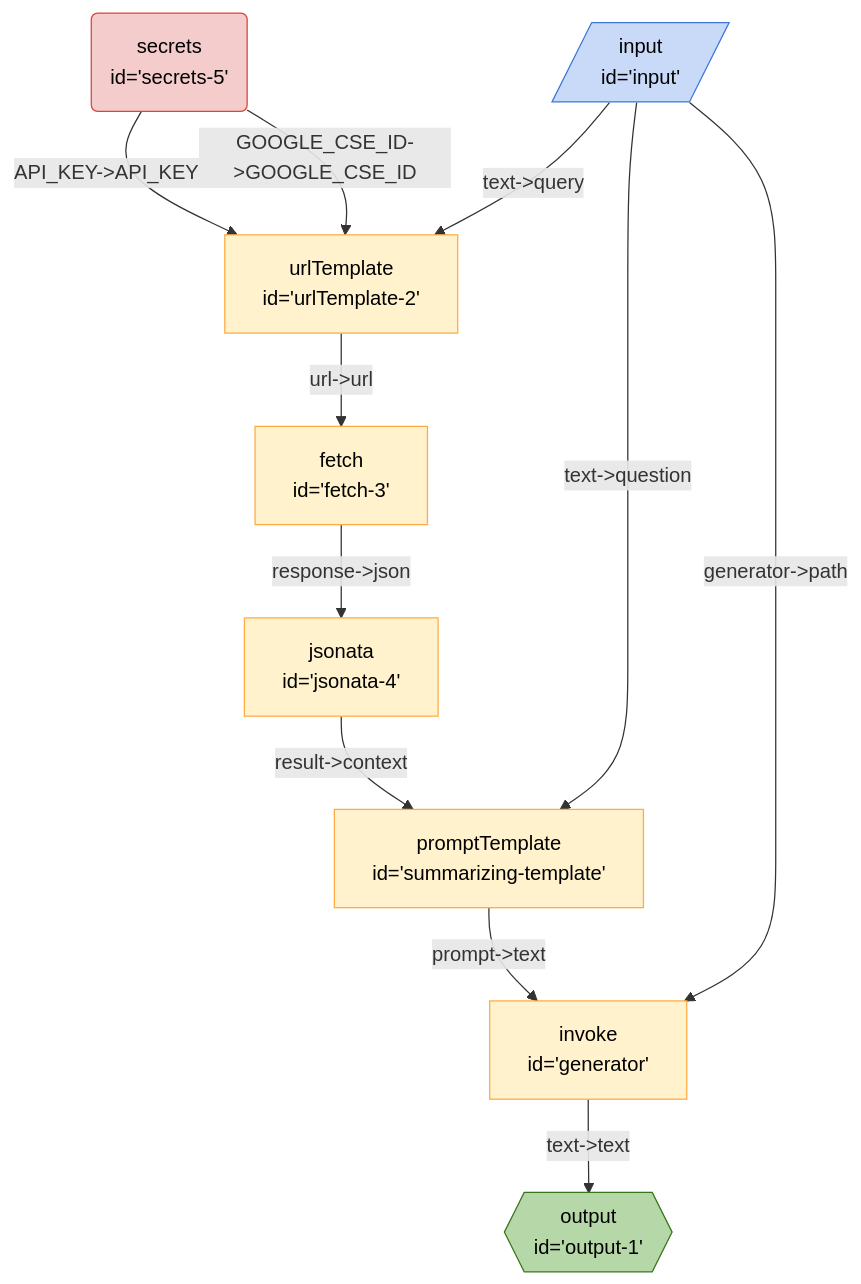
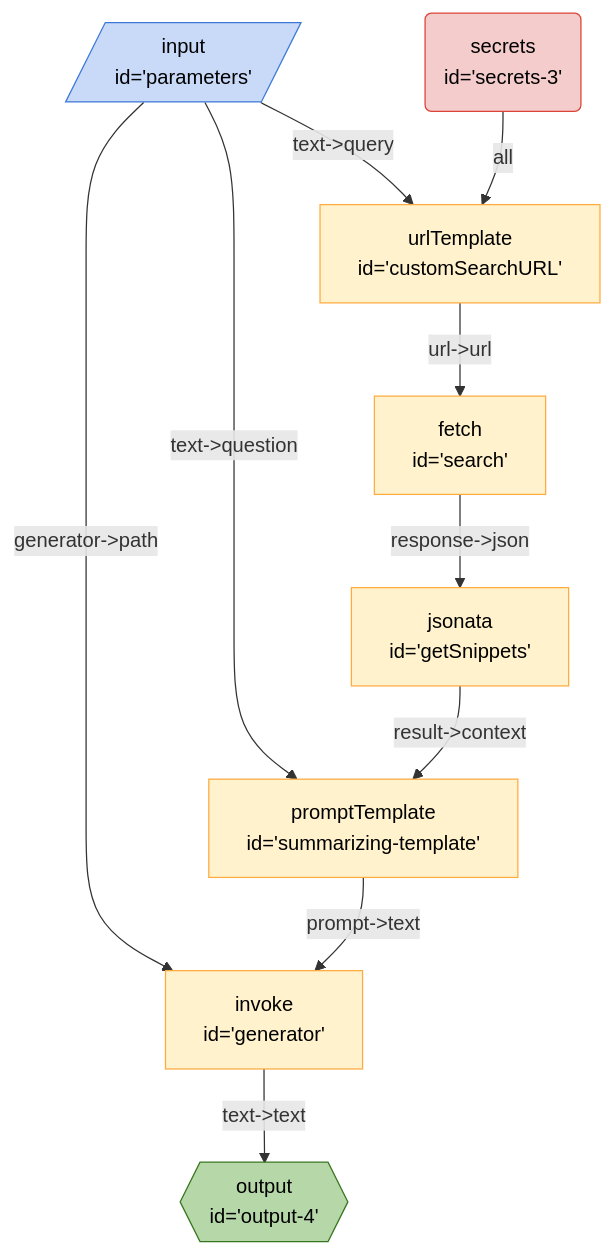
One commit to breadboard-ai/breadboard changed the diagram in seeds/breadboard-web/docs/graphs/search-summarize.md. Above: the diagram before and after it, drawn with Mermaid. The commit also changed 3 other files, not shown here.

````diff
--- a/seeds/breadboard-web/docs/graphs/search-summarize.md
+++ b/seeds/breadboard-web/docs/graphs/search-summarize.md
@@ -3,22 +3,21 @@
 ```mermaid
 %%{init: 'themeVariables': { 'fontFamily': 'Fira Code, monospace' }}%%
 graph TD;
-generator["invoke <br> id='generator'"] -- "text->text" --> output1{{"output <br> id='output-1'"}}:::output
+generator["invoke <br> id='generator'"] -- "text->text" --> output4{{"output <br> id='output-4'"}}:::output
+parameters[/"input <br> id='parameters'"/]:::input -- "text->query" --> customSearchURL["urlTemplate <br> id='customSearchURL'"]
+parameters[/"input <br> id='parameters'"/]:::input -- "text->question" --> summarizingtemplate["promptTemplate <br> id='summarizing-template'"]
+parameters[/"input <br> id='parameters'"/]:::input -- "generator->path" --> generator["invoke <br> id='generator'"]
 summarizingtemplate["promptTemplate <br> id='summarizing-template'"] -- "prompt->text" --> generator["invoke <br> id='generator'"]
-jsonata4["jsonata <br> id='jsonata-4'"] -- "result->context" --> summarizingtemplate["promptTemplate <br> id='summarizing-template'"]
-fetch3["fetch <br> id='fetch-3'"] -- "response->json" --> jsonata4["jsonata <br> id='jsonata-4'"]
-urlTemplate2["urlTemplate <br> id='urlTemplate-2'"] -- "url->url" --> fetch3["fetch <br> id='fetch-3'"]
-secrets5("secrets <br> id='secrets-5'"):::secrets -- "API_KEY->API_KEY" --> urlTemplate2["urlTemplate <br> id='urlTemplate-2'"]
-secrets5("secrets <br> id='secrets-5'"):::secrets -- "GOOGLE_CSE_ID->GOOGLE_CSE_ID" --> urlTemplate2["urlTemplate <br> id='urlTemplate-2'"]
-input[/"input <br> id='input'"/]:::input -- "generator->path" --> generator["invoke <br> id='generator'"]
-input[/"input <br> id='input'"/]:::input -- "text->question" --> summarizingtemplate["promptTemplate <br> id='summarizing-template'"]
-input[/"input <br> id='input'"/]:::input -- "text->query" --> urlTemplate2["urlTemplate <br> id='urlTemplate-2'"]
+customSearchURL["urlTemplate <br> id='customSearchURL'"] -- "url->url" --> search["fetch <br> id='search'"]
+getSnippets["jsonata <br> id='getSnippets'"] -- "result->context" --> summarizingtemplate["promptTemplate <br> id='summarizing-template'"]
+secrets3("secrets <br> id='secrets-3'"):::secrets -- all --> customSearchURL["urlTemplate <br> id='customSearchURL'"]
+search["fetch <br> id='search'"] -- "response->json" --> getSnippets["jsonata <br> id='getSnippets'"]
 classDef default stroke:#ffab40,fill:#fff2ccff,color:#000
 classDef input stroke:#3c78d8,fill:#c9daf8ff,color:#000
 classDef output stroke:#38761d,fill:#b6d7a8ff,color:#000
 classDef passthrough stroke:#a64d79,fill:#ead1dcff,color:#000
 classDef slot stroke:#a64d79,fill:#ead1dcff,color:#000
 classDef config stroke:#a64d79,fill:#ead1dcff,color:#000
 classDef secrets stroke:#db4437,fill:#f4cccc,color:#000
 classDef slotted stroke:#a64d79
 ```
````
